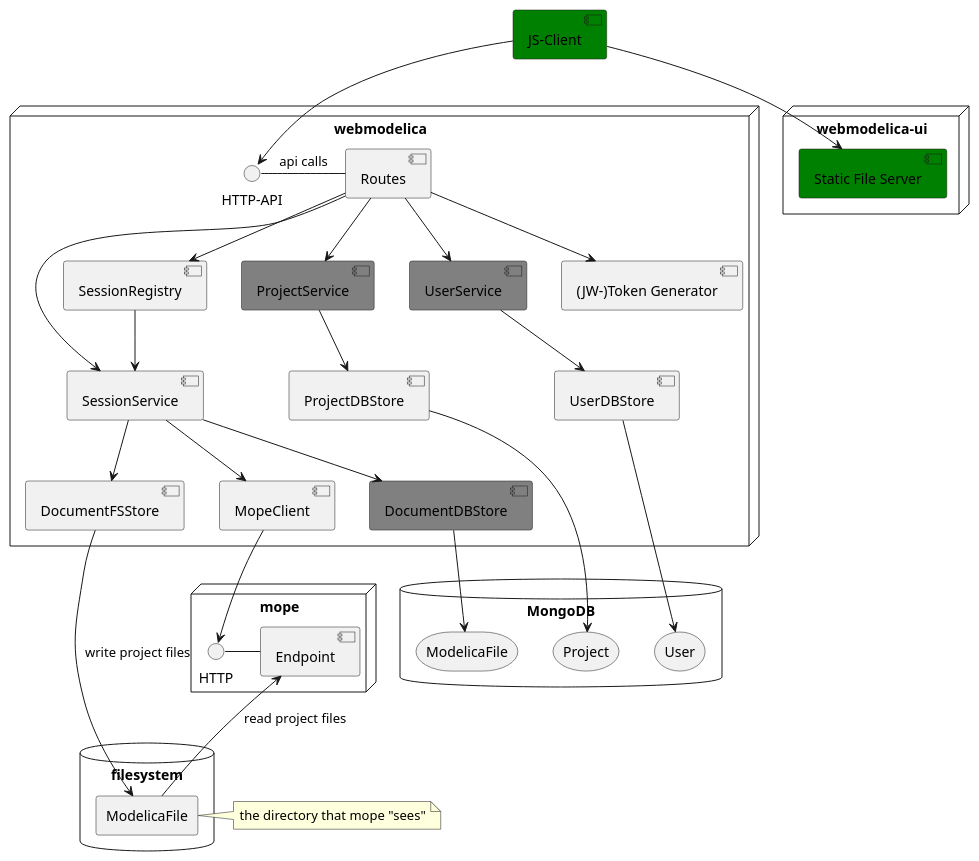
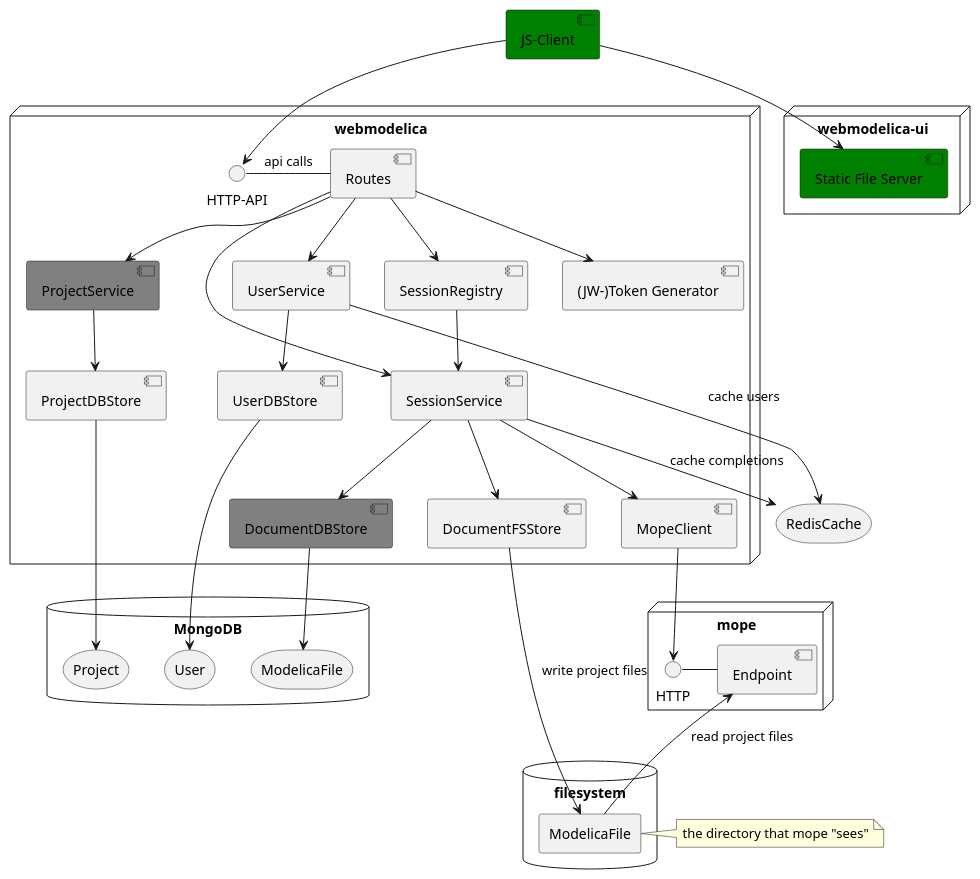
Before and after one commit to THM-MoTE/webmodelica: the diagram in doc/components.puml, drawn with PlantUML. The commit also changed 3 other files, not shown here.

Commit message:
include redis in diagrams

```diff
--- a/doc/components.puml
+++ b/doc/components.puml
@@ -1,57 +1,61 @@
 @startuml
 
 [JS-Client] #Green
 
 node "webmodelica-ui" {
   [Static File Server] #Green
   [JS-Client] --> [Static File Server]
 }
 
 node "webmodelica" {
   () "HTTP-API" as wm_http
   [JS-Client] --> wm_http
   [ProjectService] #Grey
-  [UserService] #Grey
+  [UserService]
   [DocumentDBStore] #Grey
   wm_http - [Routes] : "api calls"
 
   [Routes] --> [SessionService]
   [Routes] --> [SessionRegistry]
   [Routes] --> [ProjectService]
   [Routes] --> [UserService]
   [Routes] --> [(JW-)Token Generator]
 
   [ProjectService] --> [ProjectDBStore]
   [UserService] --> [UserDBStore]
 
   [SessionRegistry] --> [SessionService]
 
   [SessionService] --> [DocumentFSStore]
   [SessionService] --> [DocumentDBStore]
   [SessionService] --> [MopeClient]
 }
 
 node "mope" {
   () "HTTP" as mope_http
   [MopeClient] --> mope_http
   mope_http - [Endpoint]
 }
 
+storage RedisCache
+
 database MongoDB {
   storage User
   storage Project
   storage ModelicaFile as doc_file
 }
 
 database "filesystem" {
   rectangle ModelicaFile as fs_file
 }
 note left of fs_file : the directory that mope "sees"
 
 [ProjectDBStore] --> Project
 [UserDBStore] --> User
+[UserService] --> RedisCache : cache users
+[SessionService] --> RedisCache : cache completions
 [DocumentDBStore] --> doc_file
 [DocumentFSStore] --> fs_file : write project files
 
 [Endpoint] <-- fs_file : read project files
 @enduml
```
